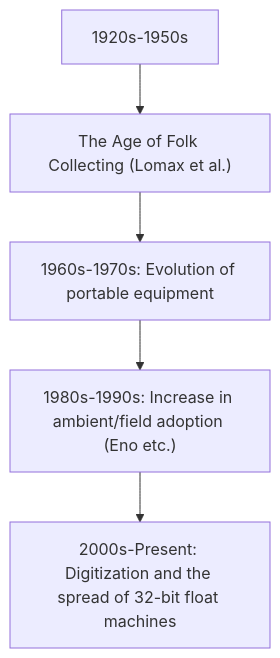
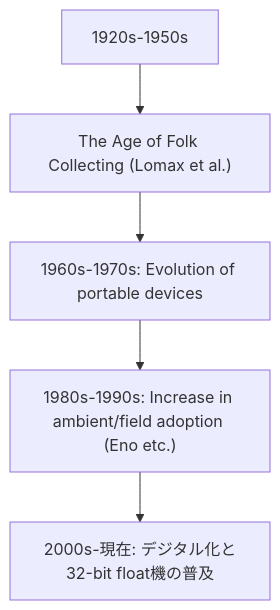
The diagram in en/_posts/2025-09-30-Column-Field-Recording.md (monumental-movement/monumental-movement.github.io), drawn with Mermaid before and after one commit. The commit also changed other lines of this file and 252 other files, not shown here.

```diff
--- a/en/_posts/2025-09-30-Column-Field-Recording.md
+++ b/en/_posts/2025-09-30-Column-Field-Recording.md
@@ -42,7 +42,7 @@
 <div class="mermaid">
 flowchart TD
   A["1920s-1950s"] --> B["The Age of Folk Collecting (Lomax et al.)"]
-  B --> C["1960s-1970s: Evolution of portable equipment"]
+  B --> C["1960s-1970s: Evolution of portable devices"]
   C --> D["1980s-1990s: Increase in ambient/field adoption (Eno etc.)"]
-  D --> E["2000s-Present: Digitization and the spread of 32-bit float machines"]
+  D --> E["2000s-現在: デジタル化と32-bit float機の普及"]
 </div>
```
